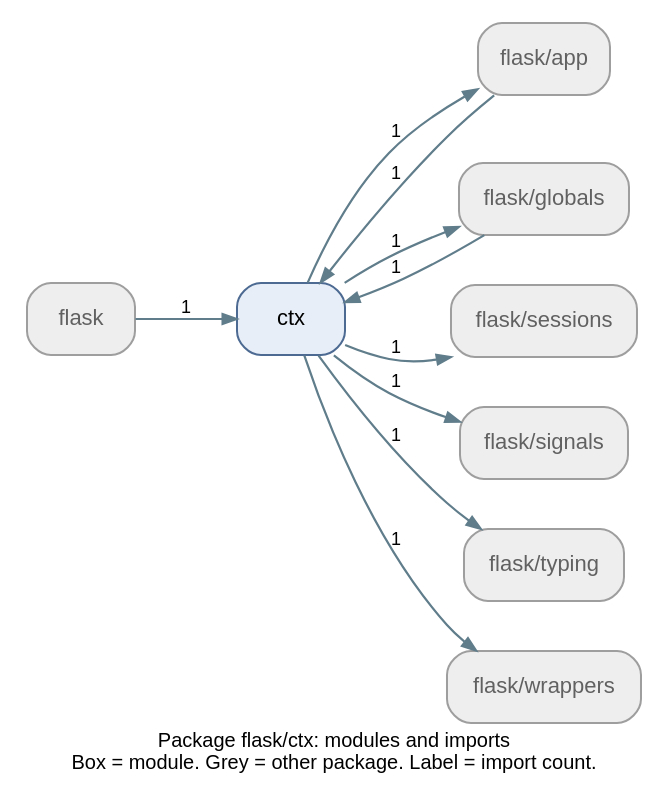
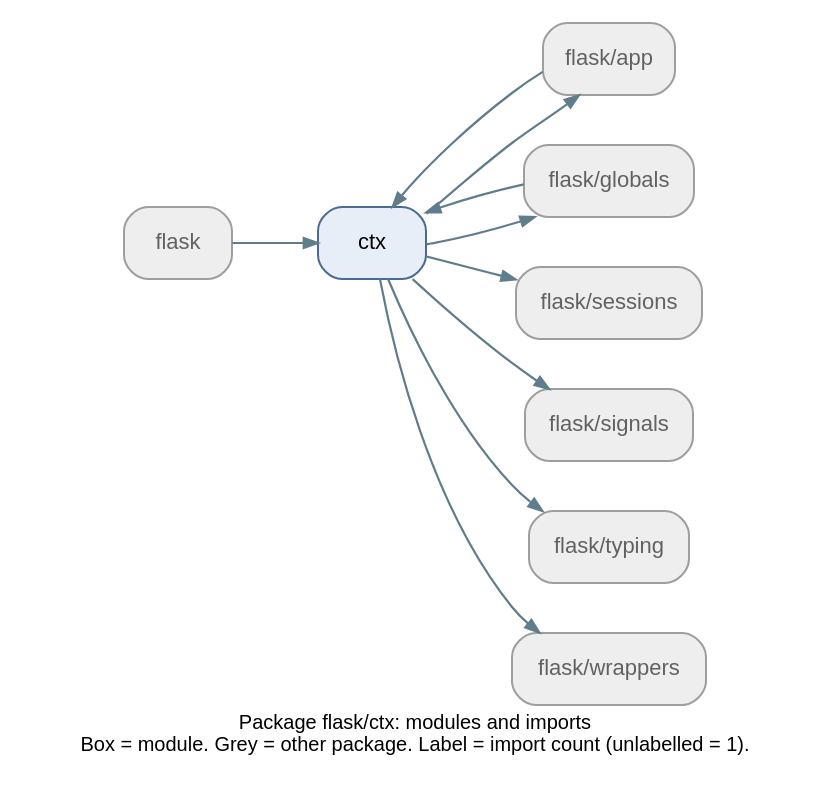
One commit to Icoder05/buglens changed the diagram in onboarding/pallets__flask/diagrams/packages/flask_ctx.dot. Above: the diagram before and after it, drawn with Graphviz. The commit also changed 70 other files, not shown here.

```diff
--- a/onboarding/pallets__flask/diagrams/packages/flask_ctx.dot
+++ b/onboarding/pallets__flask/diagrams/packages/flask_ctx.dot
@@ -1,23 +1,23 @@
 digraph package {
 	fontname=Helvetica fontsize=10 label="Package flask/ctx: modules and imports
-Box = module. Grey = other package. Label = import count." labelloc=b nodesep=0.35 rankdir=LR ranksep=0.6
+Box = module. Grey = other package. Label = import count (unlabelled = 1)." labelloc=b nodesep=0.35 rankdir=LR ranksep=0.6
 	node [color="#4c6a92" fillcolor="#e8eef7" fontname=Helvetica fontsize=11 shape=box style="rounded,filled"]
 	edge [arrowsize=0.7 color="#607d8b" fontname=Helvetica fontsize=9]
 	n0 [label=flask color="#9e9e9e" fillcolor="#eeeeee" fontcolor="#616161" tooltip="ext::flask"]
 	n1 [label="flask/app" color="#9e9e9e" fillcolor="#eeeeee" fontcolor="#616161" tooltip="ext::flask/app"]
 	n2 [label="flask/globals" color="#9e9e9e" fillcolor="#eeeeee" fontcolor="#616161" tooltip="ext::flask/globals"]
 	n3 [label="flask/sessions" color="#9e9e9e" fillcolor="#eeeeee" fontcolor="#616161" tooltip="ext::flask/sessions"]
 	n4 [label="flask/signals" color="#9e9e9e" fillcolor="#eeeeee" fontcolor="#616161" tooltip="ext::flask/signals"]
 	n5 [label="flask/typing" color="#9e9e9e" fillcolor="#eeeeee" fontcolor="#616161" tooltip="ext::flask/typing"]
 	n6 [label="flask/wrappers" color="#9e9e9e" fillcolor="#eeeeee" fontcolor="#616161" tooltip="ext::flask/wrappers"]
 	n7 [label=ctx tooltip="flask.ctx"]
-	n0 -> n7 [label=1 penwidth=1.1]
-	n1 -> n7 [label=1 penwidth=1.1]
-	n2 -> n7 [label=1 penwidth=1.1]
-	n7 -> n1 [label=1 penwidth=1.1]
-	n7 -> n2 [label=1 penwidth=1.1]
-	n7 -> n3 [label=1 penwidth=1.1]
-	n7 -> n4 [label=1 penwidth=1.1]
-	n7 -> n5 [label=1 penwidth=1.1]
-	n7 -> n6 [label=1 penwidth=1.1]
+	n0 -> n7 [penwidth=1.1]
+	n1 -> n7 [penwidth=1.1]
+	n2 -> n7 [penwidth=1.1]
+	n7 -> n1 [penwidth=1.1]
+	n7 -> n2 [penwidth=1.1]
+	n7 -> n3 [penwidth=1.1]
+	n7 -> n4 [penwidth=1.1]
+	n7 -> n5 [penwidth=1.1]
+	n7 -> n6 [penwidth=1.1]
 }
```
